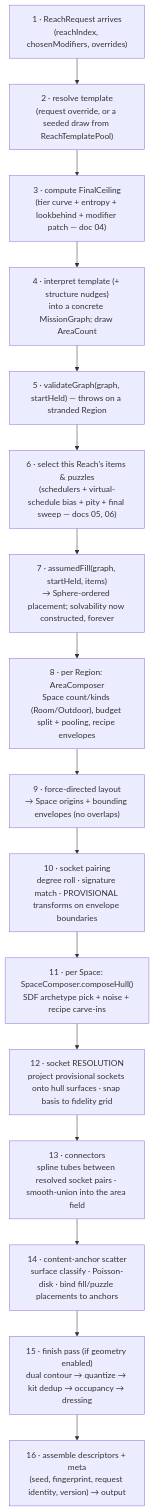
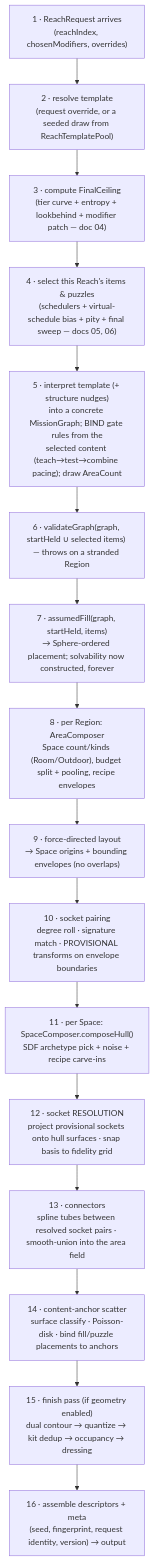
Before and after one commit to RectangleEquals/CycleVania: the third of 3 diagrams in Docs/final/redesign/01-architecture.md, drawn with Mermaid. The commit also changed other lines of this file and 237 other files, not shown here.

````diff
--- a/Docs/final/redesign/01-architecture.md
+++ b/Docs/final/redesign/01-architecture.md
@@ -123,18 +123,18 @@
 ```mermaid
 flowchart TB
   A["1 · ReachRequest arrives\n(reachIndex, chosenModifiers, overrides)"] --> B["2 · resolve template\n(request override, or a seeded draw from ReachTemplatePool)"]
   B --> C["3 · compute FinalCeiling\n(tier curve + entropy + lookbehind + modifier patch — doc 04)"]
-  C --> D["4 · interpret template (+ structure nudges)\ninto a concrete MissionGraph; draw AreaCount"]
-  D --> E["5 · validateGraph(graph, startHeld) — throws on a stranded Region"]
-  E --> F["6 · select this Reach's items & puzzles\n(schedulers + virtual-schedule bias + pity + final sweep — docs 05, 06)"]
+  C --> D["4 · select this Reach's items & puzzles\n(schedulers + virtual-schedule bias + pity + final sweep — docs 05, 06)"]
+  D --> E["5 · interpret template (+ structure nudges)\ninto a concrete MissionGraph; BIND gate rules from the\nselected content (teach→test→combine pacing); draw AreaCount"]
+  E --> F["6 · validateGraph(graph, startHeld ∪ selected items) — throws on a stranded Region"]
   F --> G["7 · assumedFill(graph, startHeld, items)\n→ Sphere-ordered placement; solvability now constructed, forever"]
   G --> H["8 · per Region: AreaComposer\nSpace count/kinds (Room/Outdoor), budget split + pooling, recipe envelopes"]
   H --> I["9 · force-directed layout\n→ Space origins + bounding envelopes (no overlaps)"]
   I --> J["10 · socket pairing\ndegree roll · signature match · PROVISIONAL transforms on envelope boundaries"]
   J --> K["11 · per Space: SpaceComposer.composeHull()\nSDF archetype pick + noise + recipe carve-ins"]
   K --> L["12 · socket RESOLUTION\nproject provisional sockets onto hull surfaces · snap basis to fidelity grid"]
   L --> M["13 · connectors\nspline tubes between resolved socket pairs · smooth-union into the area field"]
   M --> N["14 · content-anchor scatter\nsurface classify · Poisson-disk · bind fill/puzzle placements to anchors"]
   N --> O["15 · finish pass (if geometry enabled)\ndual contour → quantize → kit dedup → occupancy → dressing"]
   O --> P["16 · assemble descriptors + meta\n(seed, fingerprint, request identity, version) → output"]
 ```
````
